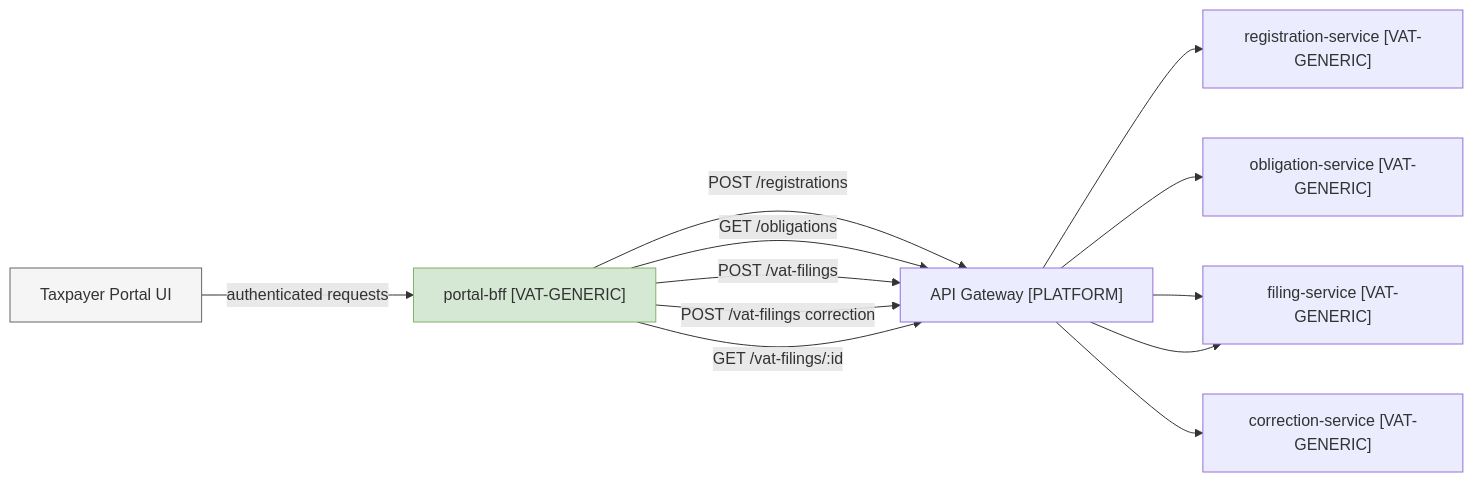
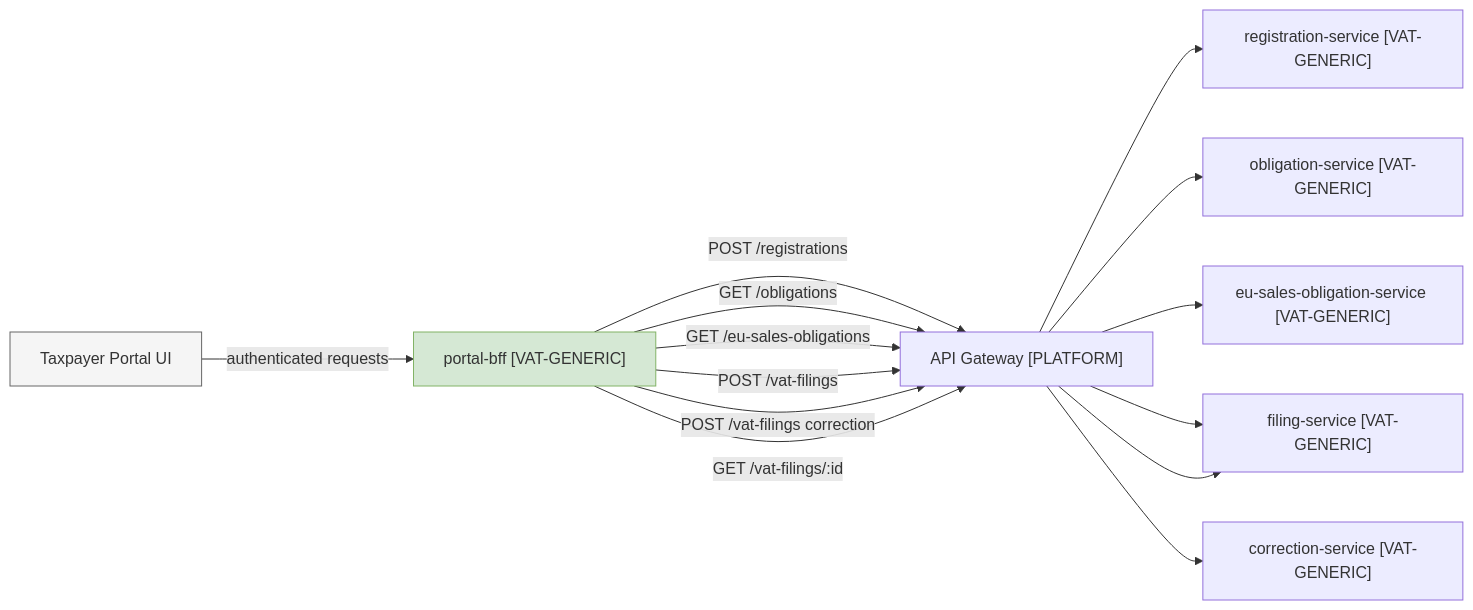
One commit to nc-tbi/VATRI-Codex changed the third of 13 diagrams in design/01-vat-filing-assessment-solution-design.md. Above: the diagram before and after it, drawn with Mermaid. The commit also changed other lines of this file and 1 other file, not shown here.

First line of the commit message:
Update designs to v1.3/v1.1 from architecture blueprint changes

````diff
--- a/design/01-vat-filing-assessment-solution-design.md
+++ b/design/01-vat-filing-assessment-solution-design.md
@@ -196,20 +228,22 @@
 ```mermaid
 flowchart LR
     UI["Taxpayer Portal UI"]
     BFF["portal-bff [VAT-GENERIC]"]
     GW["API Gateway [PLATFORM]"]
     RS["registration-service [VAT-GENERIC]"]
     OBS["obligation-service [VAT-GENERIC]"]
+    EUSOBS["eu-sales-obligation-service [VAT-GENERIC]"]
     FS["filing-service [VAT-GENERIC]"]
     CS["correction-service [VAT-GENERIC]"]
 
     UI -->|authenticated requests| BFF
     BFF -->|POST /registrations| GW --> RS
     BFF -->|GET /obligations| GW --> OBS
+    BFF -->|GET /eu-sales-obligations| GW --> EUSOBS
     BFF -->|POST /vat-filings| GW --> FS
     BFF -->|POST /vat-filings correction| GW --> CS
     BFF -->|GET /vat-filings/:id| GW --> FS
 
     style BFF fill:#d5e8d4,stroke:#82b366
     style UI fill:#f5f5f5,stroke:#666
 ```
````
